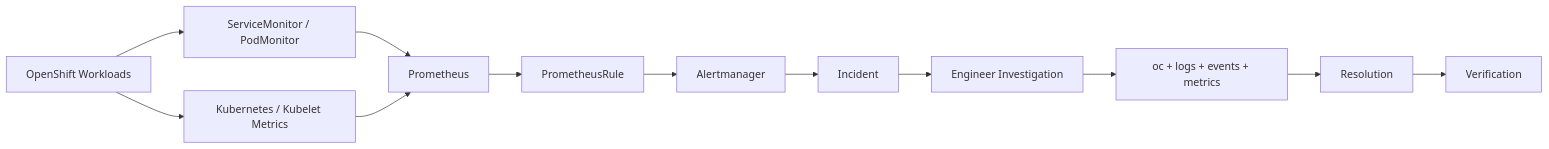
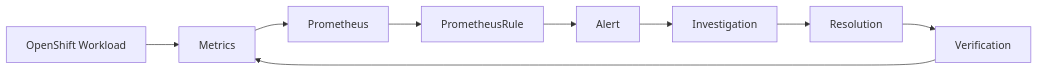
The diagram in README.md (Rohaannnnn/openshift-monitoring-project), drawn with Mermaid before and after one commit. The commit also changed other lines of this file, not shown here.

````diff
--- a/README.md
+++ b/README.md
@@ -26,14 +29,11 @@
 ```mermaid
 flowchart LR
-    A[OpenShift Workloads] --> B[ServiceMonitor / PodMonitor]
-    A --> C[Kubernetes / Kubelet Metrics]
-    B --> D[Prometheus]
-    C --> D
-    D --> E[PrometheusRule]
-    E --> F[Alertmanager]
-    F --> G[Incident]
-    G --> H[Engineer Investigation]
-    H --> I[oc + logs + events + metrics]
-    I --> J[Resolution]
-    J --> K[Verification]
+    A[OpenShift Workload] --> B[Metrics]
+    B --> C[Prometheus]
+    C --> D[PrometheusRule]
+    D --> E[Alert]
+    E --> F[Investigation]
+    F --> G[Resolution]
+    G --> H[Verification]
+    H --> B
 ```
````
